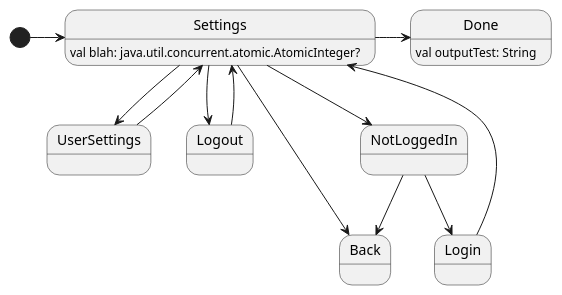
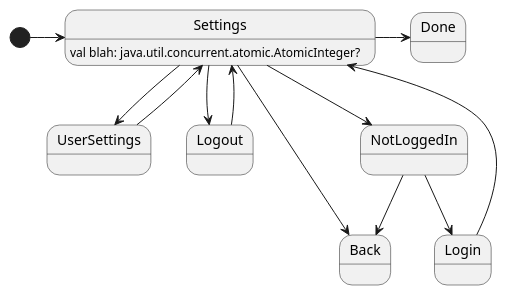
Before and after one commit to huntj88/FlowGenerate: the diagram in src/main/kotlin/me/jameshunt/generate/Settings.puml, drawn with PlantUML. The commit also changed 2 other files, not shown here.

```diff
--- a/src/main/kotlin/me/jameshunt/generate/Settings.puml
+++ b/src/main/kotlin/me/jameshunt/generate/Settings.puml
@@ -1,24 +1,23 @@
 @startuml
 
 Settings : val blah: java.util.concurrent.atomic.AtomicInteger?
-Done : val outputTest: String
 
 [*] -> Settings
 
 Settings --> UserSettings
 Settings --> Logout
 Settings --> Back
 
 Settings --> NotLoggedIn
 UserSettings --> Settings
 
 Logout --> Settings
 
 NotLoggedIn --> Login
 NotLoggedIn --> Back
 
 Login --> Settings
 
 Settings -> Done
 
 @enduml
```
